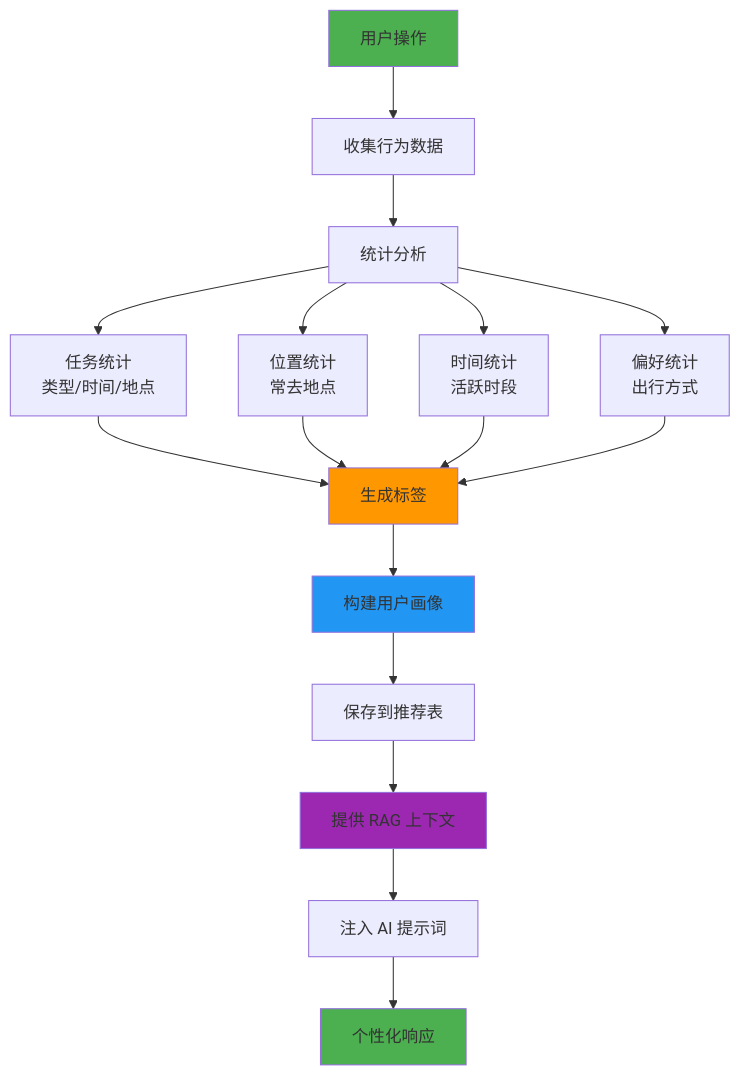
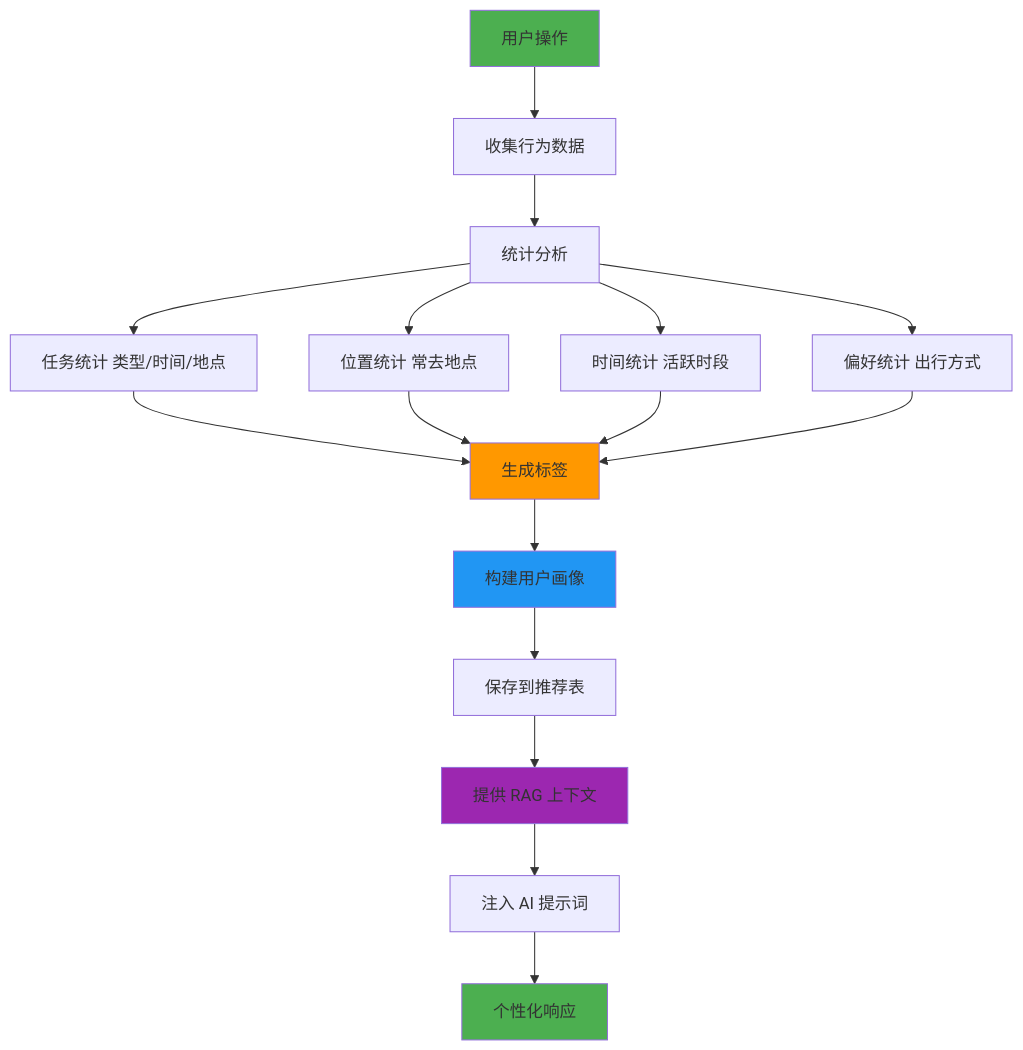
Before and after one commit to Pekaoseya/intelligent-itinerary-planner: the seventh of 14 diagrams in ARCHITECTURE.md, drawn with Mermaid. The commit also changed other lines of this file and 2 other files, not shown here.

First line of the commit message:
fix: 修复 Mermaid 图表格式问题 - 移除 HTML 标签和修复双引号嵌套

````diff
--- a/ARCHITECTURE.md
+++ b/ARCHITECTURE.md
@@ -581,28 +581,28 @@
 ```mermaid
 flowchart TD
     Start[用户操作] --> CollectData[收集行为数据]
     CollectData --> AnalyzeStats[统计分析]
 
-    AnalyzeStats --> TaskStats[任务统计<br/>类型/时间/地点]
-    AnalyzeStats --> LocationStats[位置统计<br/>常去地点]
-    AnalyzeStats --> TimeStats[时间统计<br/>活跃时段]
-    AnalyzeStats --> PreferenceStats[偏好统计<br/>出行方式]
+    AnalyzeStats --> TaskStats[任务统计 类型/时间/地点]
+    AnalyzeStats --> LocationStats[位置统计 常去地点]
+    AnalyzeStats --> TimeStats[时间统计 活跃时段]
+    AnalyzeStats --> PreferenceStats[偏好统计 出行方式]
 
     TaskStats --> GenerateTags[生成标签]
     LocationStats --> GenerateTags
     TimeStats --> GenerateTags
     PreferenceStats --> GenerateTags
 
     GenerateTags --> BuildProfile[构建用户画像]
     BuildProfile --> SaveProfile[保存到推荐表]
     SaveProfile --> ProvideRAG[提供 RAG 上下文]
 
     ProvideRAG --> AIPrompt[注入 AI 提示词]
     AIPrompt --> End[个性化响应]
 
     style Start fill:#4CAF50
     style End fill:#4CAF50
     style GenerateTags fill:#FF9800
     style BuildProfile fill:#2196F3
     style ProvideRAG fill:#9C27B0
 ```
````
